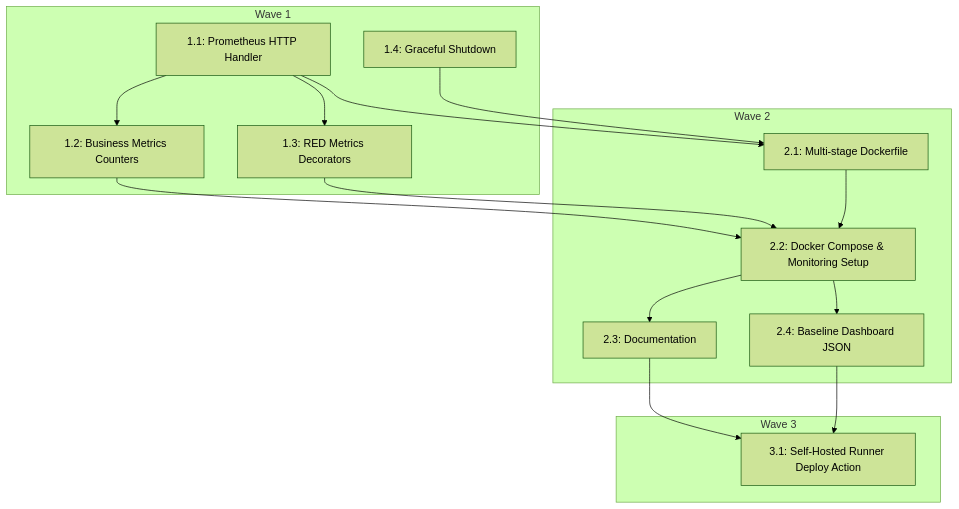
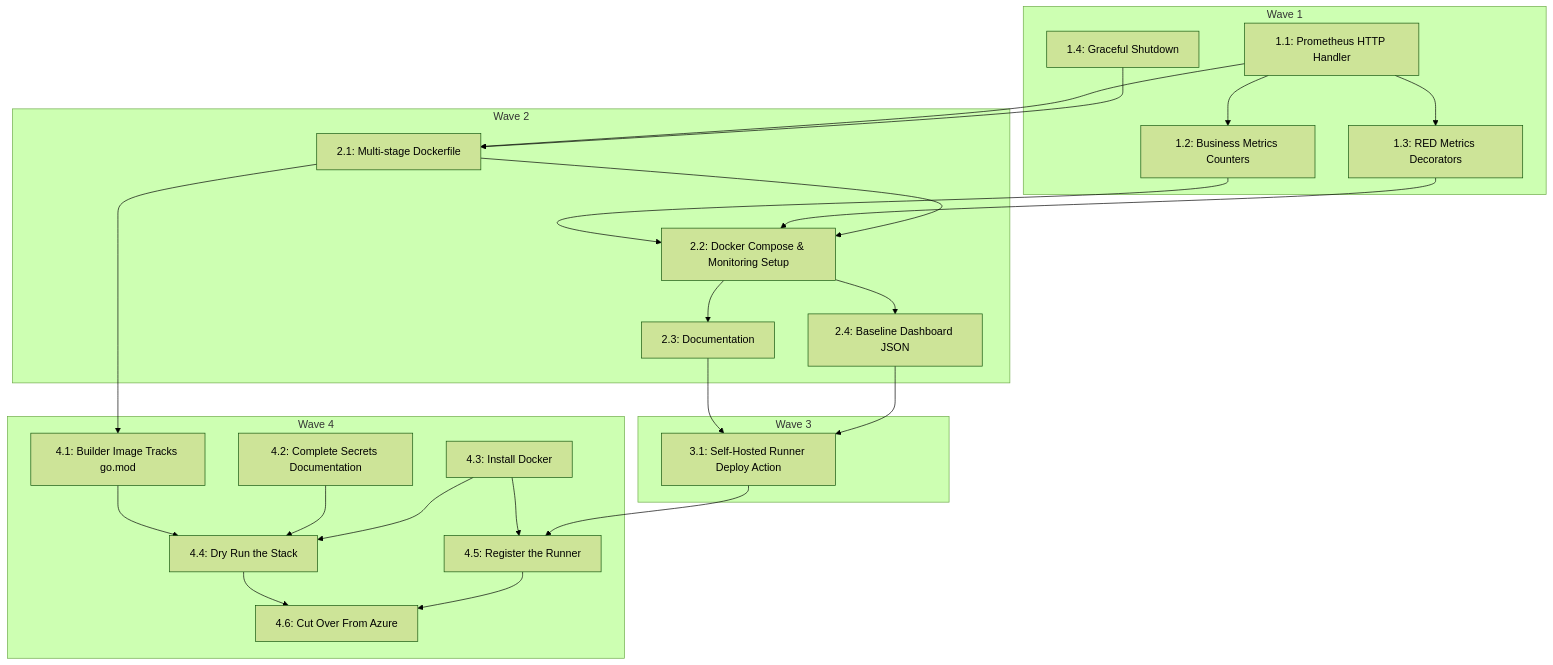
Before and after one commit to christiansoetanto/tbd-bot: the diagram in docs/plans/2026-07-22-vps-migration.md, drawn with Mermaid (forest theme). The commit also changed other lines of this file and 9 other files, not shown here.

````diff
--- a/docs/plans/2026-07-22-vps-migration.md
+++ b/docs/plans/2026-07-22-vps-migration.md
@@ -34,29 +41,45 @@
 ```mermaid
 flowchart TD
   subgraph Wave 1
     1.1["1.1: Prometheus HTTP Handler"]
     1.2["1.2: Business Metrics Counters"]
     1.3["1.3: RED Metrics Decorators"]
     1.4["1.4: Graceful Shutdown"]
   end
   subgraph Wave 2
     2.1["2.1: Multi-stage Dockerfile"]
     2.2["2.2: Docker Compose & Monitoring Setup"]
     2.3["2.3: Documentation"]
     2.4["2.4: Baseline Dashboard JSON"]
   end
   subgraph Wave 3
     3.1["3.1: Self-Hosted Runner Deploy Action"]
   end
+  subgraph Wave 4
+    4.1["4.1: Builder Image Tracks go.mod"]
+    4.2["4.2: Complete Secrets Documentation"]
+    4.3["4.3: Install Docker"]
+    4.4["4.4: Dry Run the Stack"]
+    4.5["4.5: Register the Runner"]
+    4.6["4.6: Cut Over From Azure"]
+  end
   1.1 --> 1.2
   1.1 --> 1.3
   1.1 --> 2.1
   1.2 --> 2.2
   1.3 --> 2.2
   1.4 --> 2.1
   2.1 --> 2.2
   2.2 --> 2.3
   2.2 --> 2.4
   2.3 --> 3.1
   2.4 --> 3.1
+  2.1 --> 4.1
+  4.1 --> 4.4
+  4.2 --> 4.4
+  4.3 --> 4.4
+  4.3 --> 4.5
+  3.1 --> 4.5
+  4.4 --> 4.6
+  4.5 --> 4.6
 ```
````
